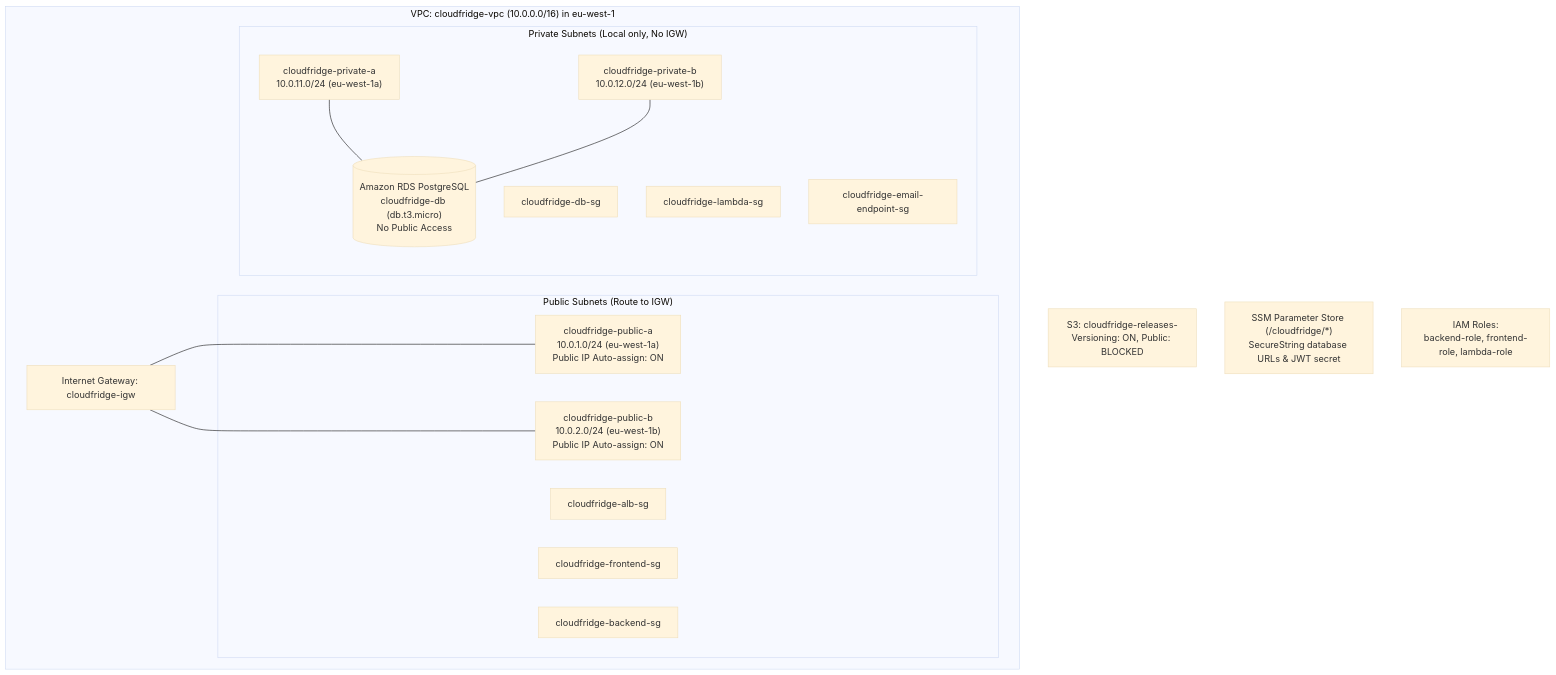
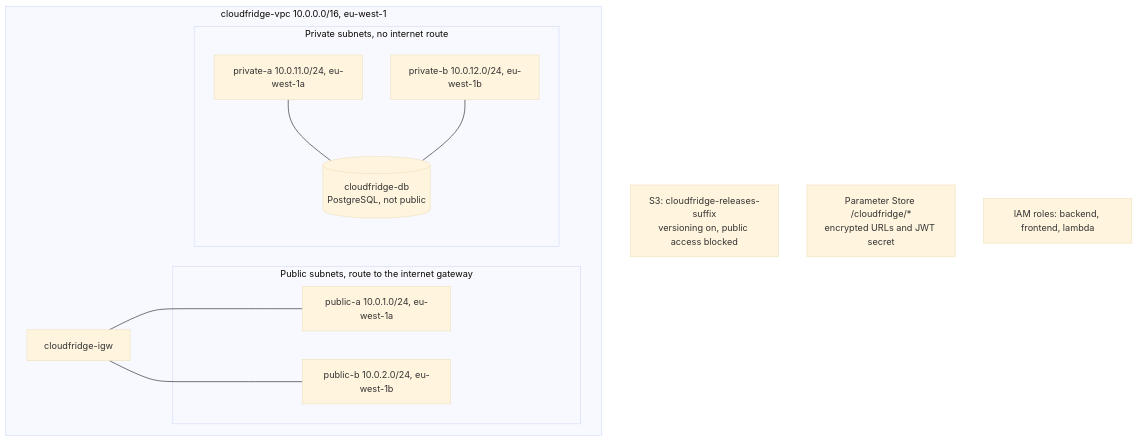
Before and after one commit to M0handx/Cloudfridge: the diagram in docs/phase-2-foundation.md, drawn with Mermaid (base theme). The commit also changed other lines of this file and 16 other files, not shown here.

````diff
--- a/docs/phase-2-foundation.md
+++ b/docs/phase-2-foundation.md
@@ -51,32 +63,23 @@
 ```mermaid
 flowchart TB
-    subgraph vpc["VPC: cloudfridge-vpc (10.0.0.0/16) in eu-west-1"]
-        igw["Internet Gateway: cloudfridge-igw"]
-
-        subgraph public["Public Subnets (Route to IGW)"]
-            pubA["cloudfridge-public-a<br/>10.0.1.0/24 (eu-west-1a)<br/>Public IP Auto-assign: ON"]
-            pubB["cloudfridge-public-b<br/>10.0.2.0/24 (eu-west-1b)<br/>Public IP Auto-assign: ON"]
-            sgAlb["cloudfridge-alb-sg"]
-            sgFe["cloudfridge-frontend-sg"]
-            sgBe["cloudfridge-backend-sg"]
+    subgraph vpc["cloudfridge-vpc 10.0.0.0/16, eu-west-1"]
+        igw["cloudfridge-igw"]
+        subgraph public["Public subnets, route to the internet gateway"]
+            pubA["public-a 10.0.1.0/24, eu-west-1a"]
+            pubB["public-b 10.0.2.0/24, eu-west-1b"]
         end
-
-        subgraph private["Private Subnets (Local only, No IGW)"]
-            privA["cloudfridge-private-a<br/>10.0.11.0/24 (eu-west-1a)"]
-            privB["cloudfridge-private-b<br/>10.0.12.0/24 (eu-west-1b)"]
-            rds[("Amazon RDS PostgreSQL<br/>cloudfridge-db (db.t3.micro)<br/>No Public Access")]
-            sgDb["cloudfridge-db-sg"]
-            sgLam["cloudfridge-lambda-sg"]
-            sgEp["cloudfridge-email-endpoint-sg"]
+        subgraph private["Private subnets, no internet route"]
+            privA["private-a 10.0.11.0/24, eu-west-1a"]
+            privB["private-b 10.0.12.0/24, eu-west-1b"]
+            rds[("cloudfridge-db<br/>PostgreSQL, not public")]
         end
     end
-
-    s3["S3: cloudfridge-releases-<suffix><br/>Versioning: ON, Public: BLOCKED"]
-    ssm["SSM Parameter Store (/cloudfridge/*)<br/>SecureString database URLs & JWT secret"]
-    iam["IAM Roles:<br/>backend-role, frontend-role, lambda-role"]
+    s3["S3: cloudfridge-releases-suffix<br/>versioning on, public access blocked"]
+    ssm["Parameter Store /cloudfridge/*<br/>encrypted URLs and JWT secret"]
+    iam["IAM roles: backend, frontend, lambda"]
 
     igw --- pubA
     igw --- pubB
     privA --- rds
     privB --- rds
 ```
````
